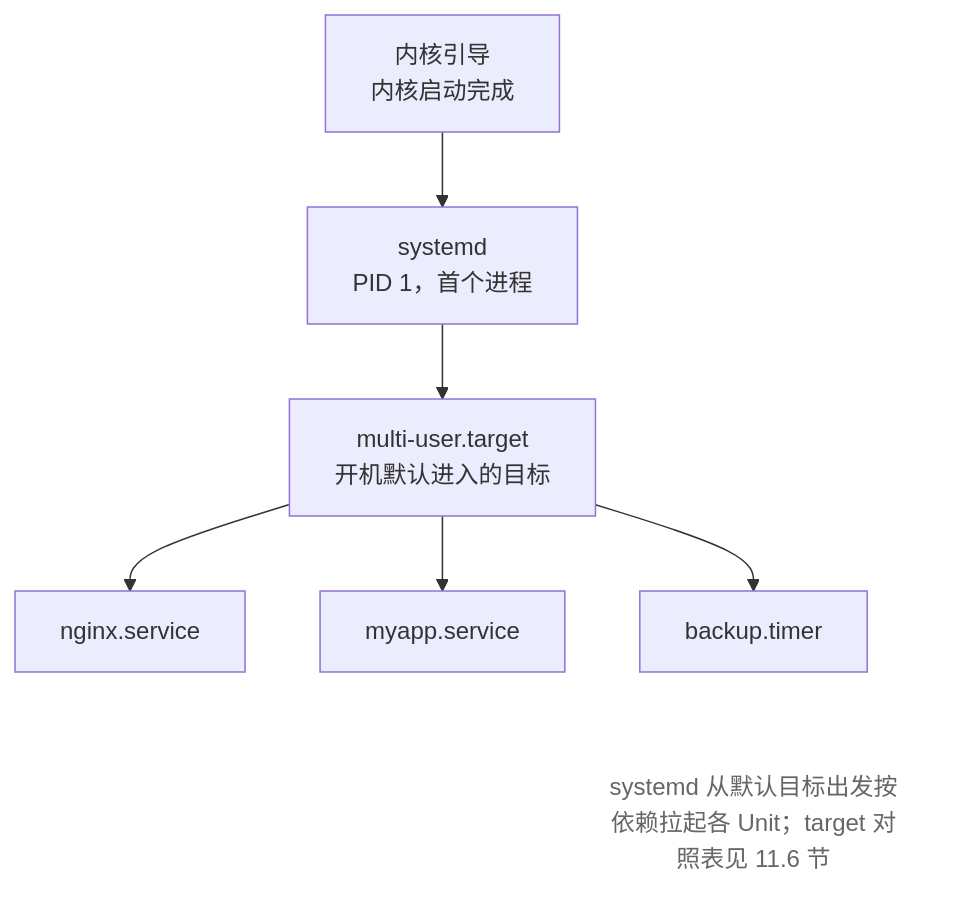
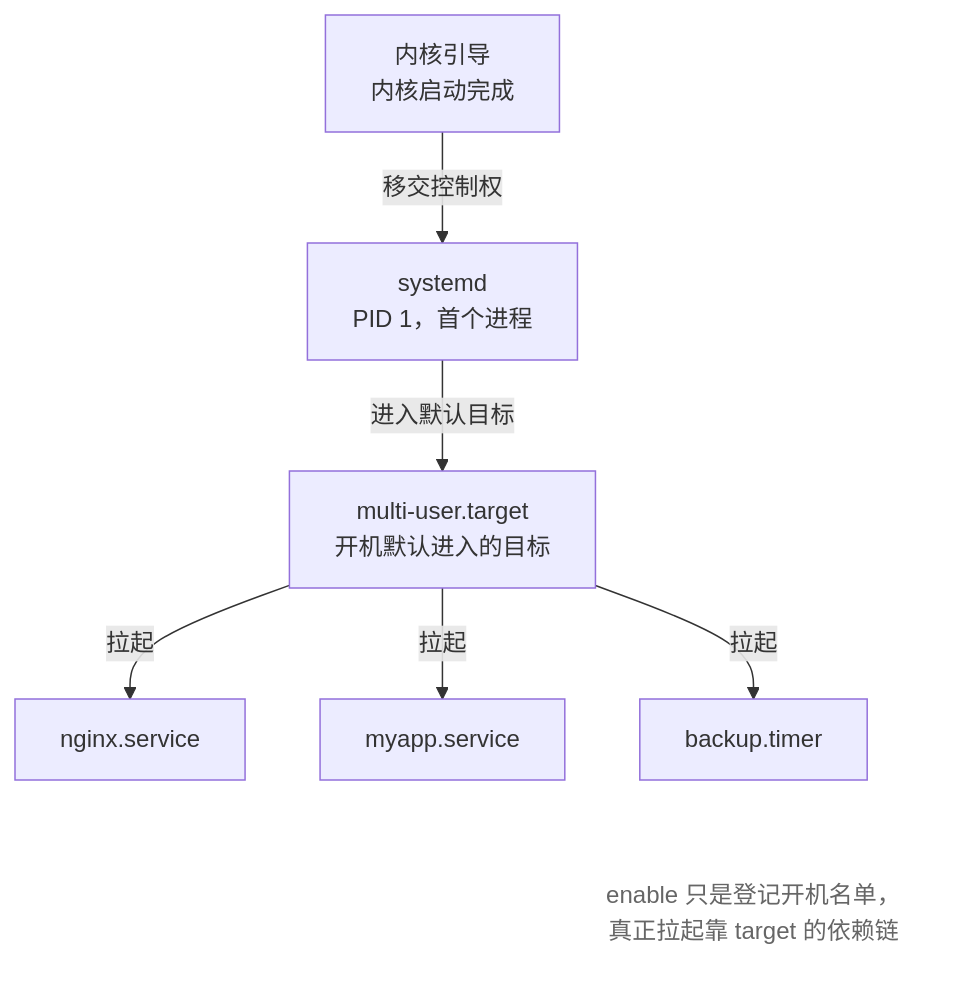
One commit to wangxiangnan/wangxiangnan.github.io changed the second of 3 diagrams in src/linux-command/ch11.md. Above: the diagram before and after it, drawn with Mermaid. The commit also changed other lines of this file and 25 other files, not shown here.

````diff
--- a/src/linux-command/ch11.md
+++ b/src/linux-command/ch11.md
@@ -63,14 +63,14 @@
 ```mermaid
 flowchart TB
-    K["内核引导<br>内核启动完成"] --> S["systemd<br>PID 1，首个进程"]
-    S --> T["multi-user.target<br>开机默认进入的目标"]
-    T --> U1["nginx.service"]
-    T --> U2["myapp.service"]
-    T --> U3["backup.timer"]
-    N["systemd 从默认目标出发按依赖拉起各 Unit；target 对照表见 11.6 节"]
+    K["内核引导<br>内核启动完成"] -->|移交控制权| S["systemd<br>PID 1，首个进程"]
+    S -->|进入默认目标| T["multi-user.target<br>开机默认进入的目标"]
+    T -->|拉起| U1["nginx.service"]
+    T -->|拉起| U2["myapp.service"]
+    T -->|拉起| U3["backup.timer"]
+    N["enable 只是登记开机名单，真正拉起靠 target 的依赖链"]
 
     U3 ~~~ N
 
     classDef note fill:none,stroke:none,color:#666
     class N note
 ```
````
